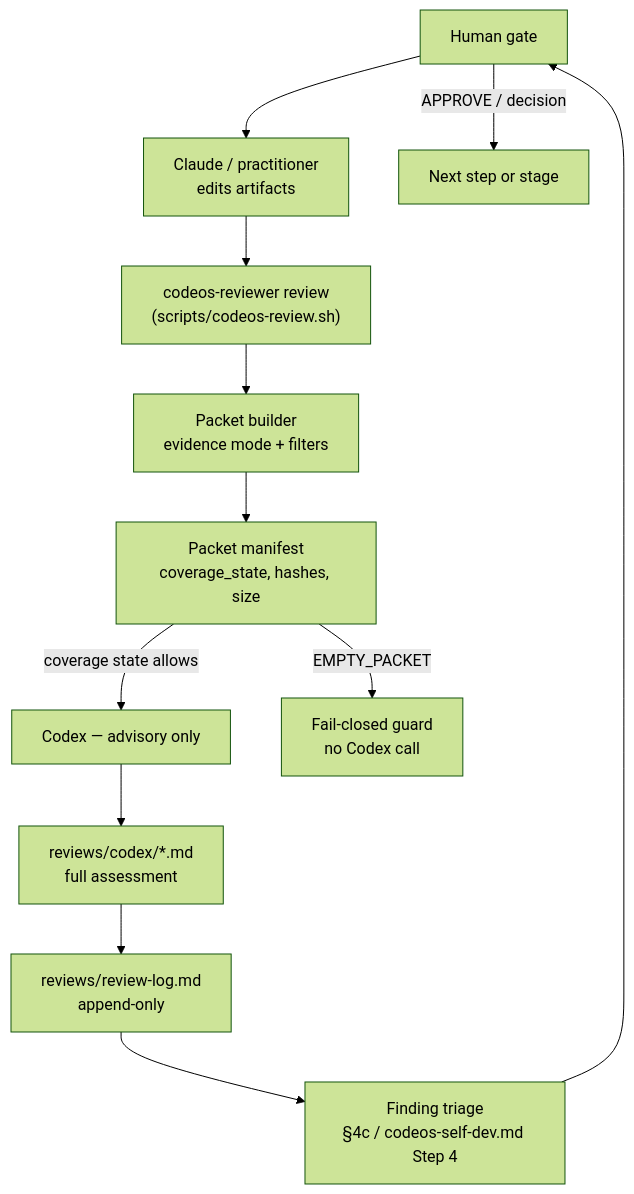
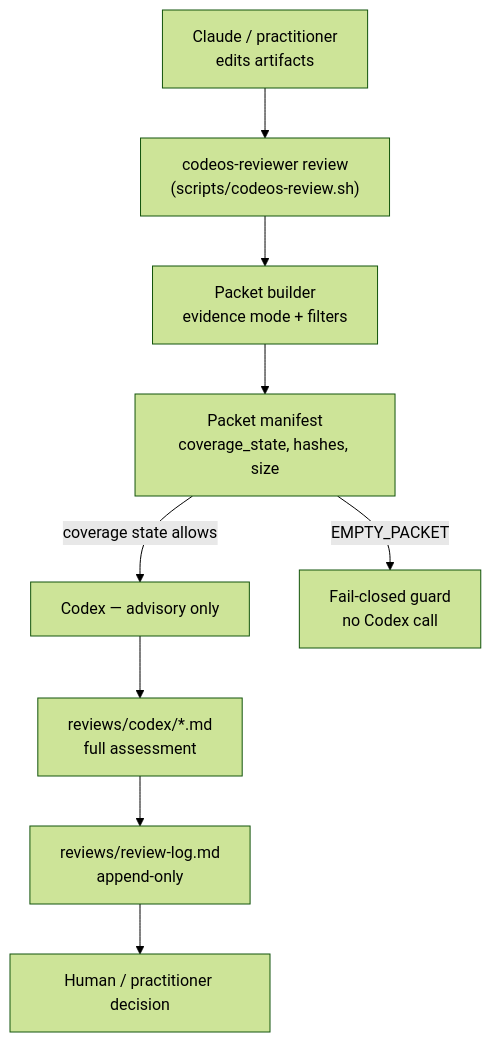
The first of 3 diagrams in docs/reviewer-pipeline.md (taiocan/codeos), drawn with Mermaid (forest theme) before and after one commit. The commit also changed other lines of this file and 42 other files, not shown here.

````diff
--- a/docs/reviewer-pipeline.md
+++ b/docs/reviewer-pipeline.md
@@ -43,14 +42,12 @@
 ```mermaid
 flowchart TD
-    H[Human gate] --> C[Claude / practitioner<br/>edits artifacts]
+    C[Claude / practitioner<br/>edits artifacts]
     C --> RQ["codeos-reviewer review<br/>(scripts/codeos-review.sh)"]
     RQ --> PB[Packet builder<br/>evidence mode + filters]
     PB --> PM[Packet manifest<br/>coverage_state, hashes, size]
     PM -->|coverage state allows| LLM[Codex — advisory only]
     PM -->|EMPTY_PACKET| FG[Fail-closed guard<br/>no Codex call]
     LLM --> RA[reviews/codex/*.md<br/>full assessment]
     RA --> RL[reviews/review-log.md<br/>append-only]
-    RL --> T[Finding triage<br/>§4c / codeos-self-dev.md Step 4]
-    T --> H
-    H -->|APPROVE / decision| NEXT[Next step or stage]
+    RL --> H[Human / practitioner decision]
 ```
````
